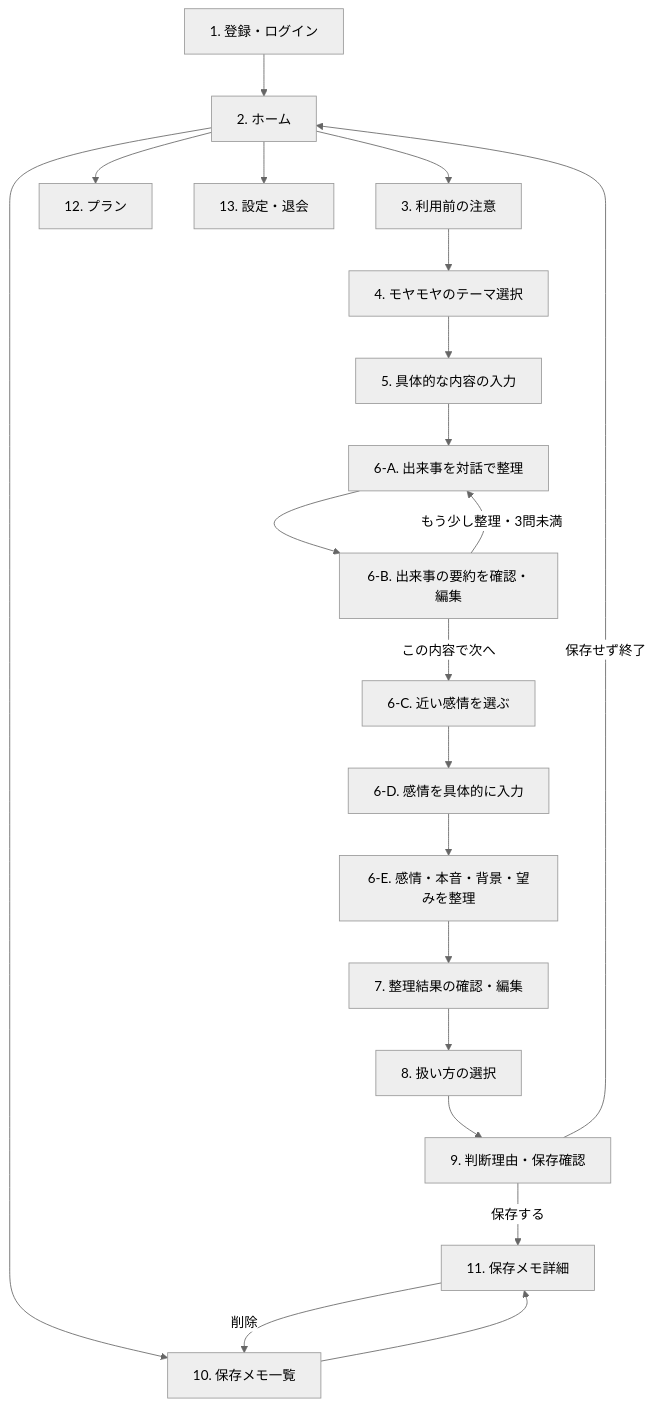
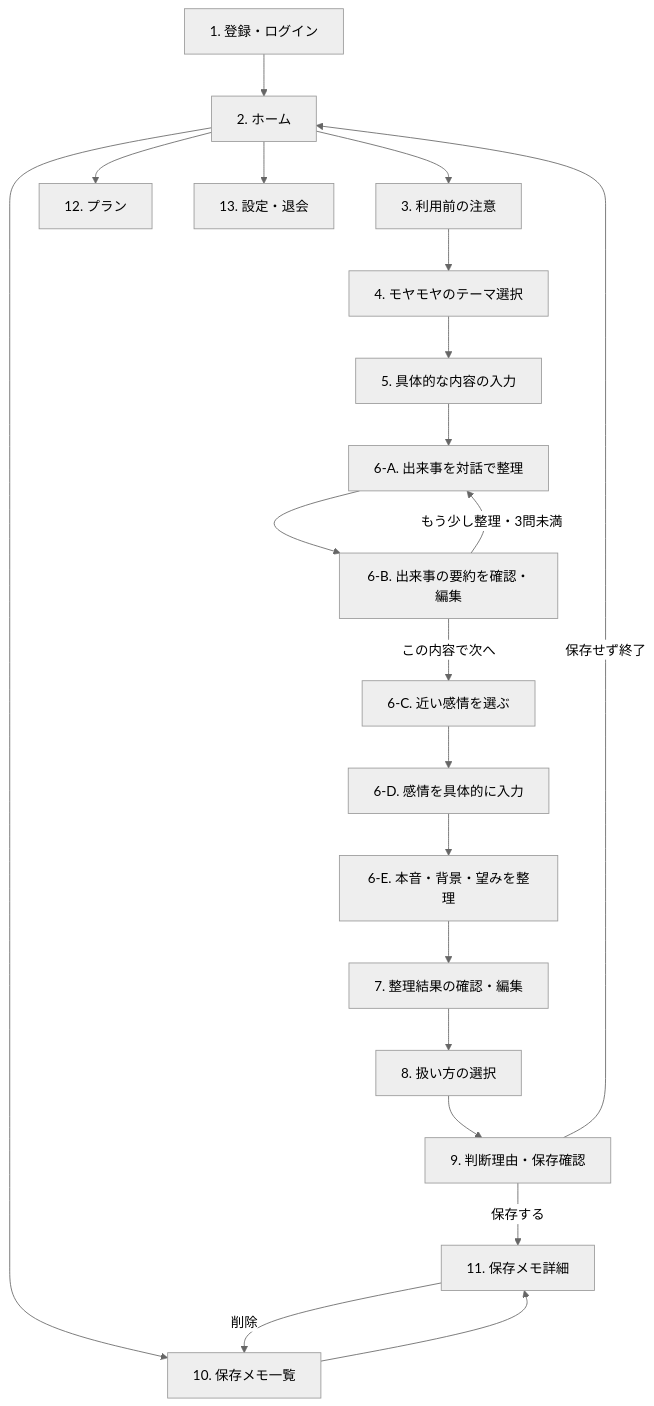
The diagram in issue-review/porori-mvp-wireframes.md (ms-engineer-bc26-05/Section9_TeamD), drawn with Mermaid (neutral theme) before and after one commit. The commit also changed other lines of this file and 15 other files, not shown here.

````diff
--- a/issue-review/porori-mvp-wireframes.md
+++ b/issue-review/porori-mvp-wireframes.md
@@ -47,23 +47,23 @@
 ```mermaid
 flowchart TD
     A[1. 登録・ログイン] --> B[2. ホーム]
     B --> C[3. 利用前の注意]
     C --> D[4. モヤモヤのテーマ選択]
     D --> E[5. 具体的な内容の入力]
     E --> F1[6-A. 出来事を対話で整理]
     F1 --> F2[6-B. 出来事の要約を確認・編集]
     F2 -->|この内容で次へ| F3[6-C. 近い感情を選ぶ]
     F2 -->|もう少し整理・3問未満| F1
     F3 --> F4[6-D. 感情を具体的に入力]
-    F4 --> F5[6-E. 感情・本音・背景・望みを整理]
+    F4 --> F5[6-E. 本音・背景・望みを整理]
     F5 --> G[7. 整理結果の確認・編集]
     G --> H[8. 扱い方の選択]
     H --> I[9. 判断理由・保存確認]
     I -->|保存する| K[11. 保存メモ詳細]
     I -->|保存せず終了| B
     B --> J[10. 保存メモ一覧]
     J --> K
     K -->|削除| J
     B --> L[12. プラン]
     B --> M[13. 設定・退会]
 ```
````
